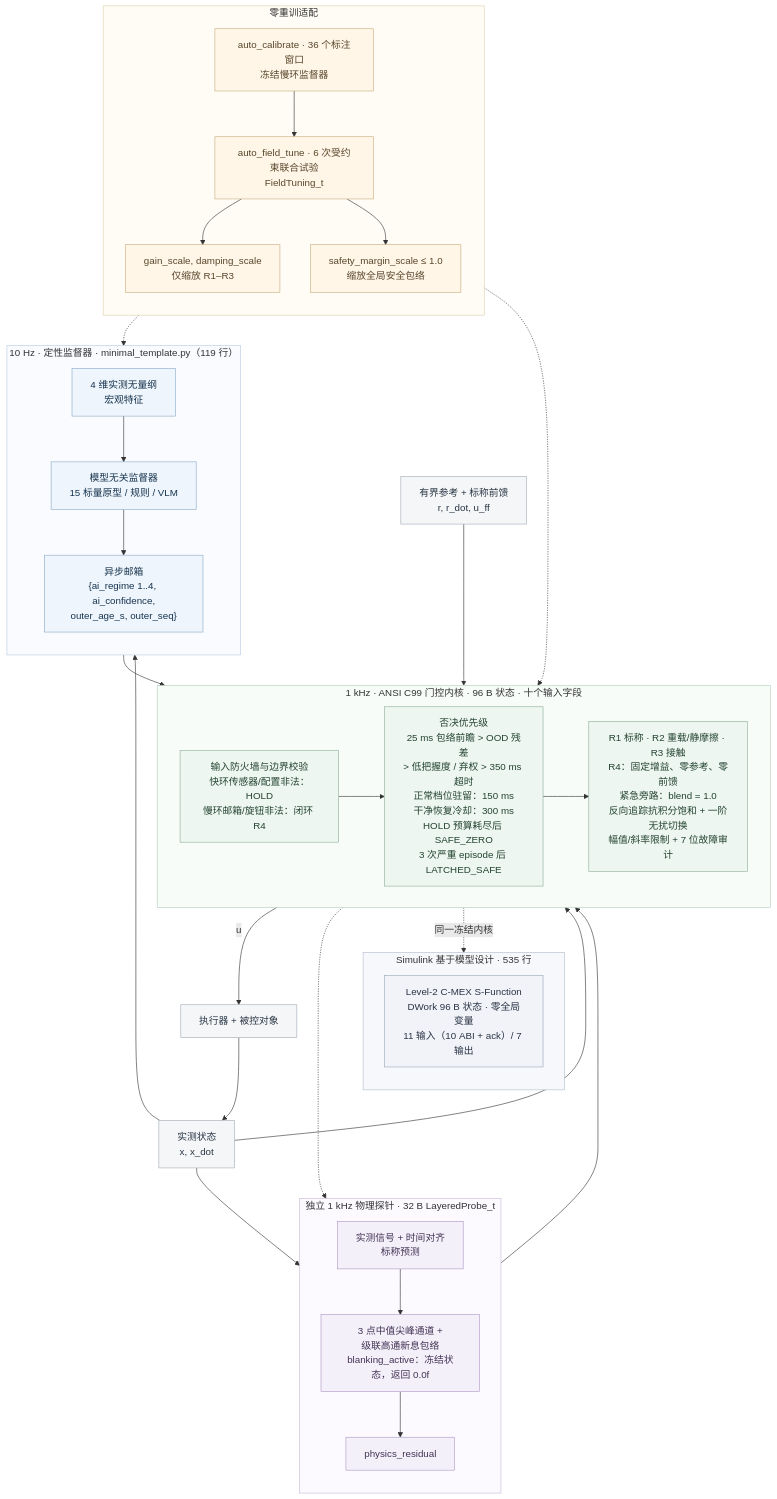
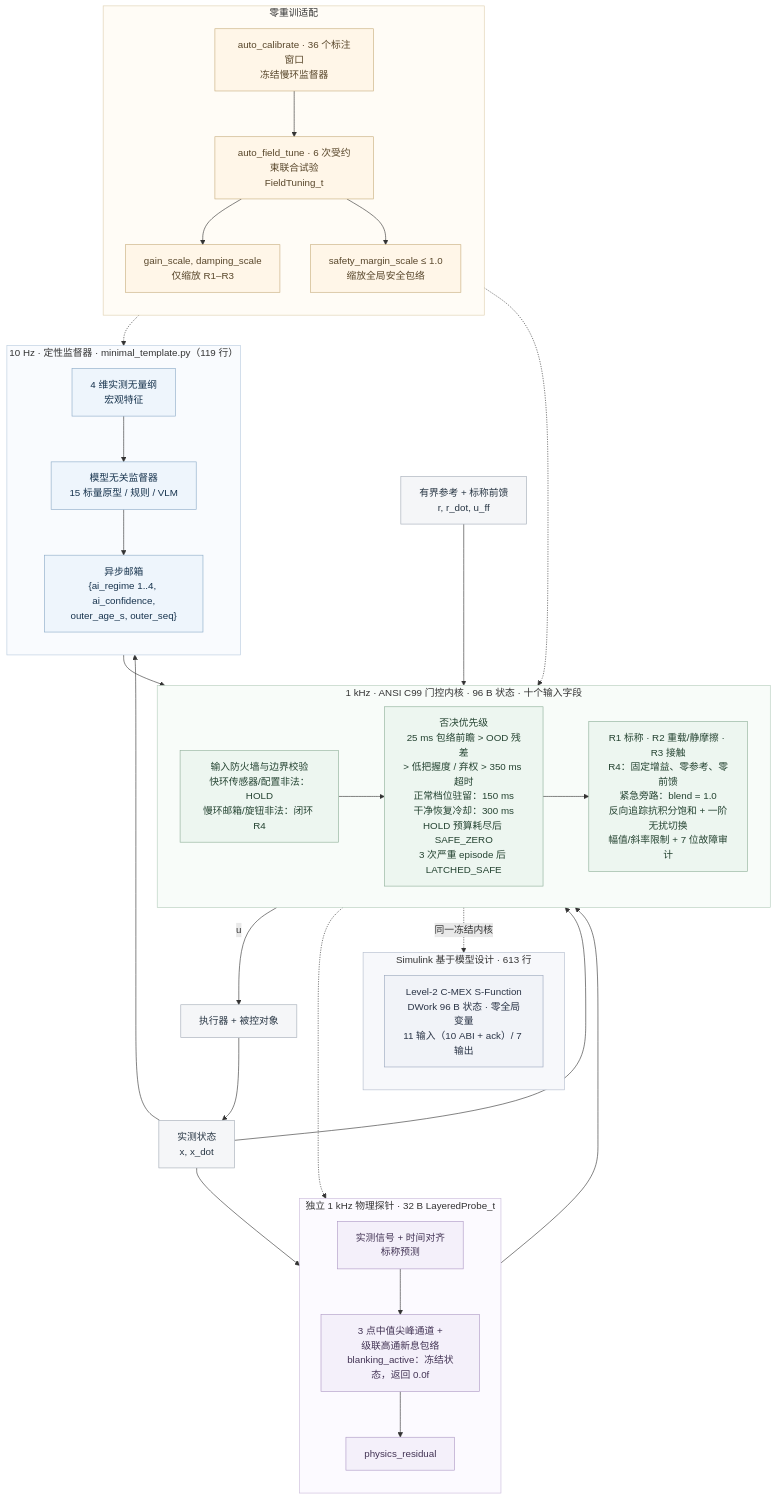
Before and after one commit to lijiawei255/ai-layered-control: the diagram in README_zh.md, drawn with Mermaid. The commit also changed other lines of this file and 16 other files, not shown here.

````diff
--- a/README_zh.md
+++ b/README_zh.md
@@ -54,70 +54,70 @@
 ```mermaid
 flowchart TB
     subgraph slow["10 Hz · 定性监督器 · minimal_template.py（119 行）"]
         direction TB
         features["4 维实测无量纲<br/>宏观特征"]
         supervisor["模型无关监督器<br/>15 标量原型 / 规则 / VLM"]
         mailbox["异步邮箱<br/>{ai_regime 1..4, ai_confidence,<br/>outer_age_s, outer_seq}"]
         features --> supervisor --> mailbox
     end
     subgraph probe["独立 1 kHz 物理探针 · 32 B LayeredProbe_t"]
         direction TB
         innovation["实测信号 + 时间对齐<br/>标称预测"]
         channels["3 点中值尖峰通道 +<br/>级联高通新息包络<br/>blanking_active：冻结状态，返回 0.0f"]
         residual["physics_residual"]
         innovation --> channels --> residual
     end
     subgraph fast["1 kHz · ANSI C99 门控内核 · 96 B 状态 · 十个输入字段"]
         direction LR
         firewall["输入防火墙与边界校验<br/>快环传感器/配置非法：HOLD<br/>慢环邮箱/旋钮非法：闭环 R4"]
         gates["否决优先级<br/>25 ms 包络前瞻 > OOD 残差<br/>> 低把握度 / 弃权 > 350 ms 超时<br/>正常档位驻留：150 ms<br/>干净恢复冷却：300 ms<br/>HOLD 预算耗尽后 SAFE_ZERO<br/>3 次严重 episode 后 LATCHED_SAFE"]
         bank["R1 标称 · R2 重载/静摩擦 · R3 接触<br/>R4：固定增益、零参考、零前馈<br/>紧急旁路：blend = 1.0<br/>反向追踪抗积分饱和 + 一阶无扰切换<br/>幅值/斜率限制 + 7 位故障审计"]
         firewall --> gates --> bank
     end
-    subgraph mbd["Simulink 基于模型设计 · 535 行"]
+    subgraph mbd["Simulink 基于模型设计 · 613 行"]
         direction TB
         sfun["Level-2 C-MEX S-Function<br/>DWork 96 B 状态 · 零全局变量<br/>11 输入（10 ABI + ack）/ 7 输出"]
     end
     subgraph adapt["零重训适配"]
         direction TB
         calibrate["auto_calibrate · 36 个标注窗口<br/>冻结慢环监督器"]
         tune["auto_field_tune · 6 次受约束联合试验<br/>FieldTuning_t"]
         gains["gain_scale, damping_scale<br/>仅缩放 R1–R3"]
         margin["safety_margin_scale ≤ 1.0<br/>缩放全局安全包络"]
         calibrate --> tune
         tune --> gains
         tune --> margin
     end
     reference["有界参考 + 标称前馈<br/>r, r_dot, u_ff"]
     plant["执行器 + 被控对象"]
     sensor["实测状态<br/>x, x_dot"]
     reference --> fast
     slow --> fast
     probe --> fast
     fast -->|"u"| plant
     plant --> sensor
     sensor --> fast
     sensor --> slow
     sensor --> probe
     fast -.-> probe
     fast -.->|"同一冻结内核"| sfun
     adapt -.-> slow
     adapt -.-> fast
     classDef slowNode fill:#eef5fc,stroke:#8baac7,color:#17334d;
     classDef probeNode fill:#f4f0fa,stroke:#ad98c5,color:#423354;
     classDef coreNode fill:#edf6f0,stroke:#8eaf99,color:#244331;
     classDef adaptNode fill:#fff6e8,stroke:#c7ad7d,color:#58462a;
     classDef ioNode fill:#f5f6f8,stroke:#a4acb7,color:#283644;
     classDef mbdNode fill:#f1f3f8,stroke:#9aa7bd,color:#2a3446;
     class features,supervisor,mailbox slowNode;
     class innovation,channels,residual probeNode;
     class firewall,gates,bank coreNode;
     class calibrate,tune,gains,margin adaptNode;
     class reference,plant,sensor ioNode;
     class sfun mbdNode;
     style slow fill:#f9fbfe,stroke:#b8cbde
     style probe fill:#fcfaff,stroke:#c9bbda
     style fast fill:#f8fcf9,stroke:#b6cdbd
     style mbd fill:#f7f8fb,stroke:#b3bccd
     style adapt fill:#fffcf6,stroke:#dfcfaf
 ```
````
